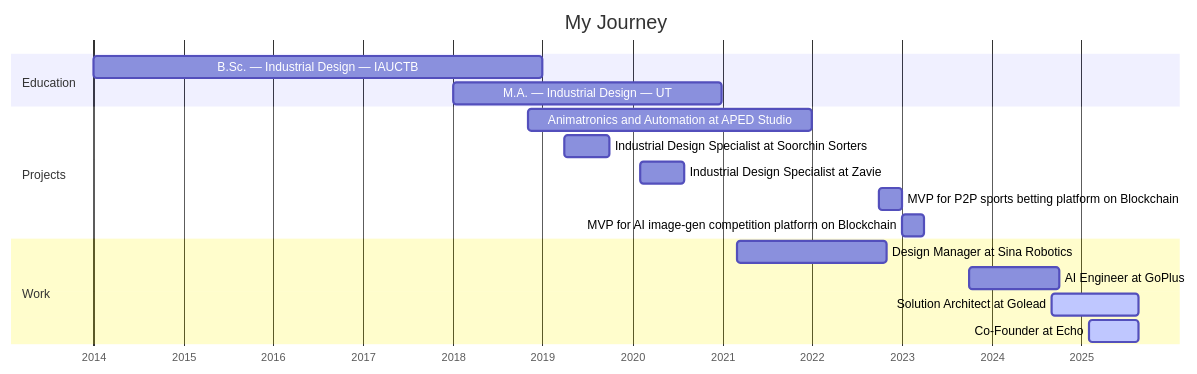
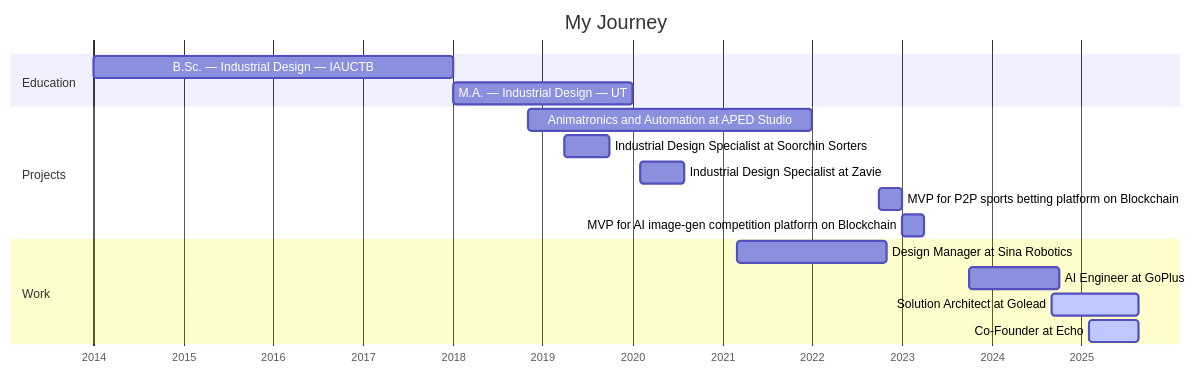
One commit to behnamkhorsandian/behnamkhorsandian changed the diagram in README.md. Above: the diagram before and after it, drawn with Mermaid.

Commit message:
Fix education section graduation dates in README

````diff
--- a/README.md
+++ b/README.md
@@ -16,23 +16,23 @@
 ```mermaid
 gantt
     title My Journey
     dateFormat  YYYY-MM-DD
     axisFormat  %Y
 
     section Education
-        B.Sc. — Industrial Design — IAUCTB                   :edu_ba, 2014-01-01, 2018-12-31
-        M.A. — Industrial Design — UT                        :edu_ma, 2018-01-01, 2020-12-31
+        B.Sc. — Industrial Design — IAUCTB                   :edu_ba, 2014-01-01, 2018-01-01
+        M.A. — Industrial Design — UT                        :edu_ma, 2018-01-01, 2020-01-01
 
     Section Projects
         Animatronics and Automation at APED Studio                         :aped, 2018-11-01, 2021-12-31
         Industrial Design Specialist at Soorchin Sorters               :pfk, 2019-04-01, 2019-09-30
         Industrial Design Specialist at Zavie                          :zavie, 2020-02-01, 2020-07-31
         MVP for P2P sports betting platform on Blockchain                 :freelance_bet, 2022-10-01, 2022-12-31
         MVP for AI image-gen competition platform on Blockchain                      :freelance_ai_comp, 2023-01-01, 2023-03-31
 
     section Work
         Design Manager at Sina Robotics                                 :sina_dm, 2021-03-01, 2022-10-31
         AI Engineer at GoPlus                                           :goplus_role, 2023-10-01, 2024-09-30
         Solution Architect at Golead                                    :active, golead_role, 2024-09-01, 2025-08-20
         Co-Founder at Echo                                              :active, echo, 2025-02-01, 2025-08-20
 ```
````
